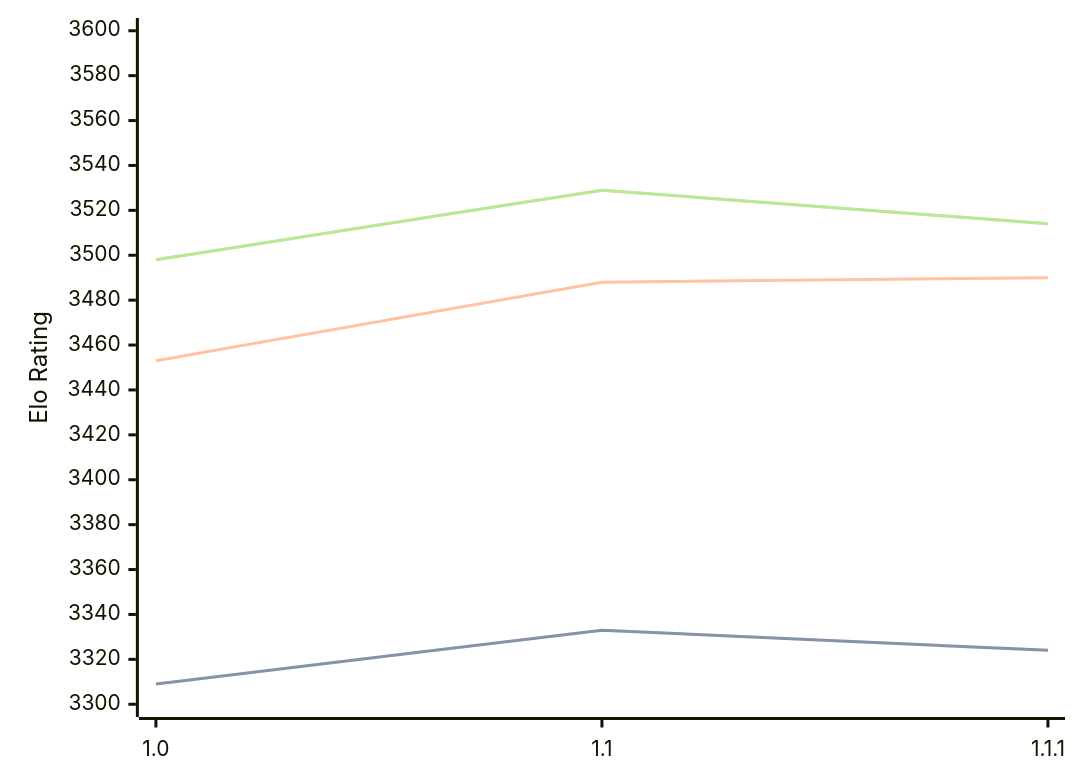
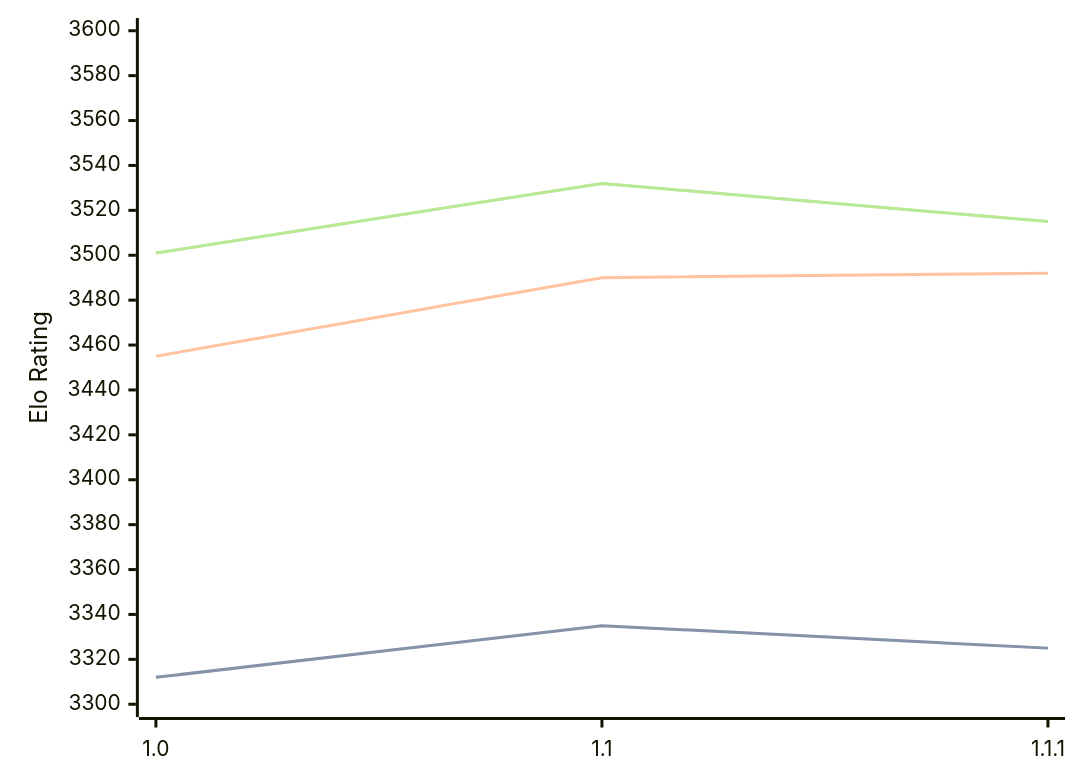
The diagram in engines/Icarus.md (computer-chess-index/cci), drawn with Mermaid before and after one commit. The commit also changed other lines of this file, not shown here.

Commit message:
Update CCI Ratings (ELO VLTC) - 2026-08-22

````diff
--- a/engines/Icarus.md
+++ b/engines/Icarus.md
@@ -33,11 +33,11 @@
 ```mermaid
 %%{init: {"theme":"base","themeVariables":{"seriesColors:['#a3a3a3','#222221','#faa371']}}}%%
 xychart-beta
   x-axis ["1.0", "1.1", "1.1.1"]
   y-axis "Elo Rating" 3300 --> 3600
-  line "STC (8.0+0.08s)" [3309, 3333, 3324]
-  line "STC (8.0+0.08s)" [3309, 3333, 3324]
-  line "LTC (60.0+0.60s)" [3453, 3488, 3490]
-  line "VLTC (2m24s+1.12s)" [3498, 3529, 3514]
-  line "VLTC (2m24s+1.12s)" [3498, 3529, 3514]
+  line "STC (8.0+0.08s)" [3312, 3335, 3325]
+  line "STC (8.0+0.08s)" [3312, 3335, 3325]
+  line "LTC (60.0+0.60s)" [3455, 3490, 3492]
+  line "VLTC (2m24s+1.12s)" [3501, 3532, 3515]
+  line "VLTC (2m24s+1.12s)" [3501, 3532, 3515]
 ```
````
